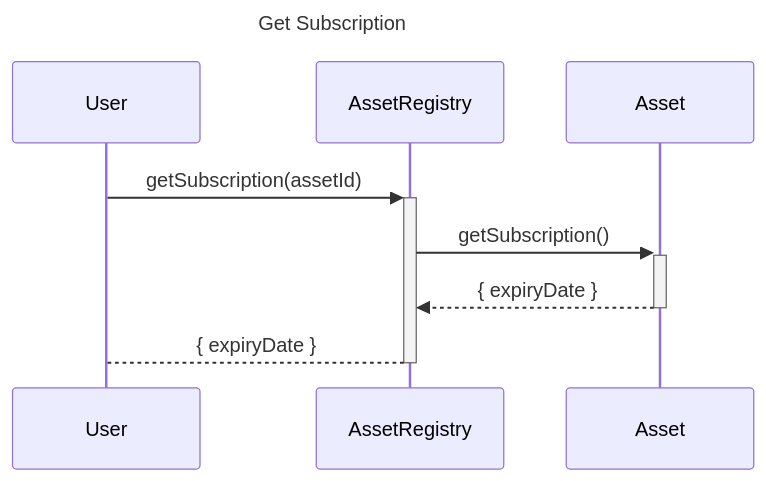
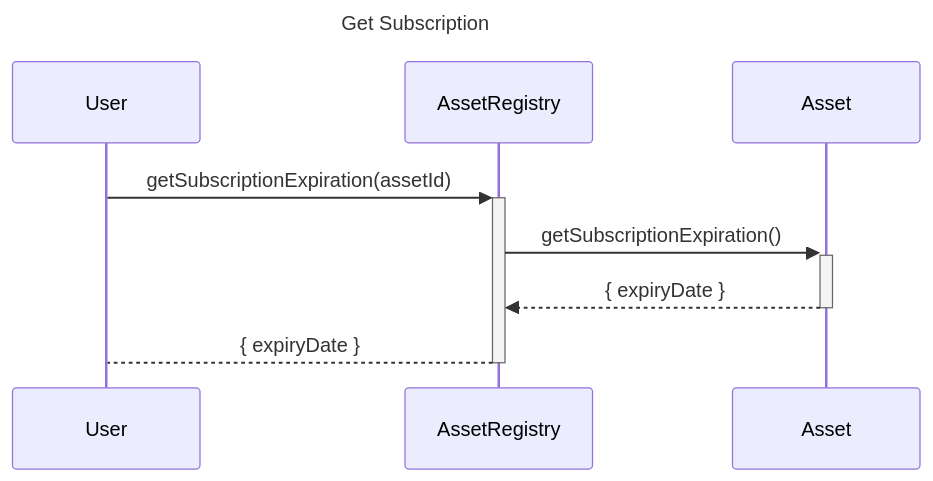
One commit to ChainSafe/open-creator-rails changed the second of 5 diagrams in docs/mvp-design-and-architecture.md. Above: the diagram before and after it, drawn with Mermaid. The commit also changed other lines of this file and 9 other files, not shown here.

````diff
--- a/docs/mvp-design-and-architecture.md
+++ b/docs/mvp-design-and-architecture.md
@@ -28,12 +28,12 @@
 ```mermaid
 sequenceDiagram
 title Get Subscription
     participant User
     participant AssetRegistry
     participant Asset
 
-User->>+AssetRegistry: getSubscription(assetId)
-AssetRegistry->>+Asset: getSubscription()
+User->>+AssetRegistry: getSubscriptionExpiration(assetId)
+AssetRegistry->>+Asset: getSubscriptionExpiration()
 Asset-->>-AssetRegistry: { expiryDate }
 AssetRegistry-->-User: { expiryDate }
 ```
````
